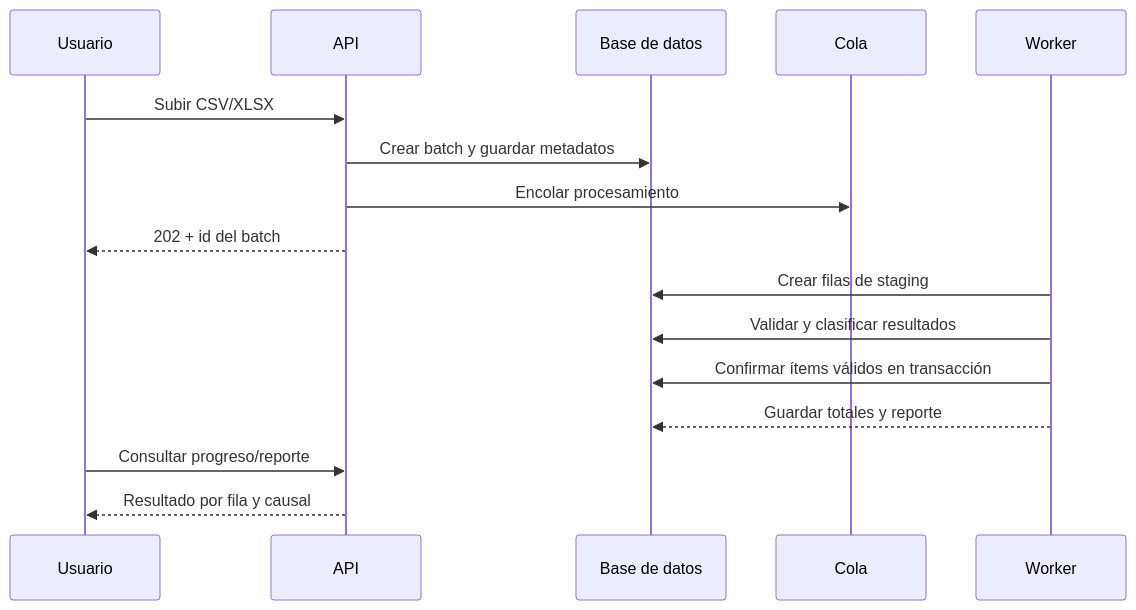
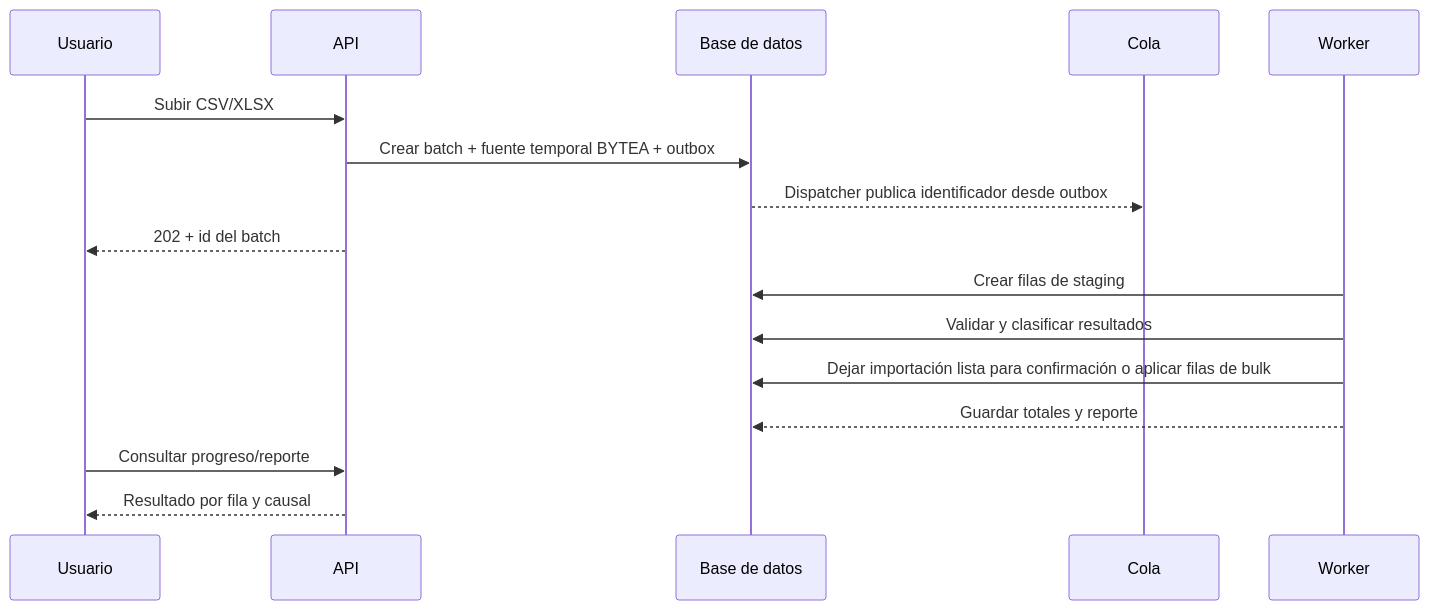
The third of 4 diagrams in docs/architecture/arquitectura_plataforma_autorizaciones.md (andresalvarezb/mtd-olp-medicarte), drawn with Mermaid before and after one commit. The commit also changed other lines of this file and 54 other files, not shown here.

````diff
--- a/docs/architecture/arquitectura_plataforma_autorizaciones.md
+++ b/docs/architecture/arquitectura_plataforma_autorizaciones.md
@@ -291,19 +296,19 @@
 ```mermaid
 sequenceDiagram
     participant U as Usuario
     participant A as API
     participant D as Base de datos
     participant Q as Cola
     participant W as Worker
 
     U->>A: Subir CSV/XLSX
-    A->>D: Crear batch y guardar metadatos
-    A->>Q: Encolar procesamiento
+    A->>D: Crear batch + fuente temporal BYTEA + outbox
+    D-->>Q: Dispatcher publica identificador desde outbox
     A-->>U: 202 + id del batch
     W->>D: Crear filas de staging
     W->>D: Validar y clasificar resultados
-    W->>D: Confirmar ítems válidos en transacción
+    W->>D: Dejar importación lista para confirmación o aplicar filas de bulk
     W-->>D: Guardar totales y reporte
     U->>A: Consultar progreso/reporte
     A-->>U: Resultado por fila y causal
 ```
````
